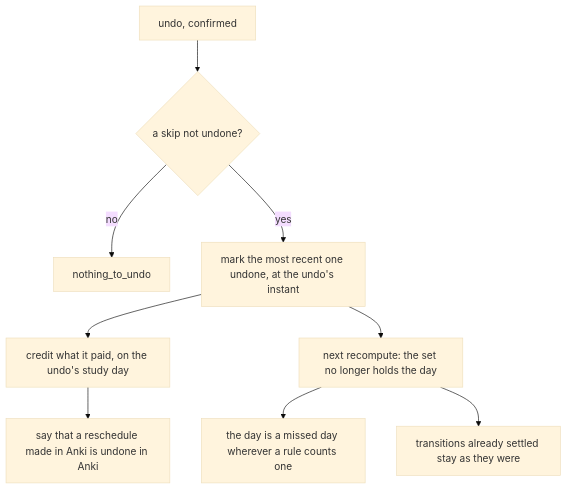
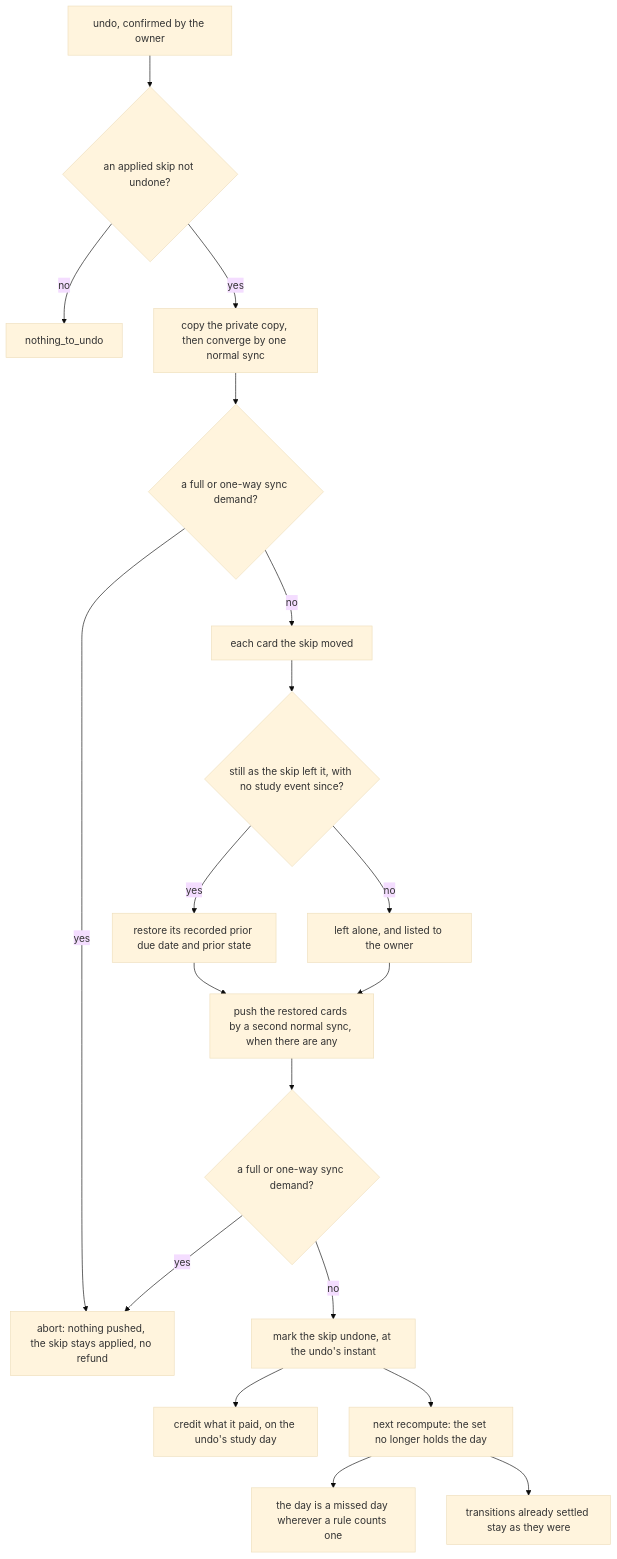
Before and after one commit to RexRenatus/deck-streak: the fourth of 4 diagrams in docs/schematics/skip-day-record-and-effects.md, drawn with Mermaid (base theme). The commit also changed other lines of this file and 3 other files, not shown here.

Commit message:
docs(spec): specify the skip day's write and its exact undo

````diff
--- a/docs/schematics/skip-day-record-and-effects.md
+++ b/docs/schematics/skip-day-record-and-effects.md
@@ -59,11 +90,21 @@
 ```mermaid
 flowchart TD
-  undo["undo, confirmed"] --> latest{"a skip not undone?"}
+  undo["undo, confirmed by the owner"] --> latest{"an applied skip not undone?"}
   latest -- "no" --> none["nothing_to_undo"]
-  latest -- "yes" --> mark["mark the most recent one undone, at the undo's instant"]
+  latest -- "yes" --> conv["copy the private copy, then converge by one normal sync"]
+  conv --> full1{"a full or one-way sync demand?"}
+  full1 -- "yes" --> abort["abort: nothing pushed, the skip stays applied, no refund"]
+  full1 -- "no" --> each["each card the skip moved"]
+  each --> same{"still as the skip left it, with no study event since?"}
+  same -- "no" --> listed["left alone, and listed to the owner"]
+  same -- "yes" --> restore["restore its recorded prior due date and prior state"]
+  restore --> push["push the restored cards by a second normal sync, when there are any"]
+  listed --> push
+  push --> full2{"a full or one-way sync demand?"}
+  full2 -- "yes" --> abort
+  full2 -- "no" --> mark["mark the skip undone, at the undo's instant"]
   mark --> refund["credit what it paid, on the undo's study day"]
-  refund --> copy["say that a reschedule made in Anki is undone in Anki"]
   mark --> next["next recompute: the set no longer holds the day"]
   next --> miss["the day is a missed day wherever a rule counts one"]
   next --> kept["transitions already settled stay as they were"]
 ```
````
